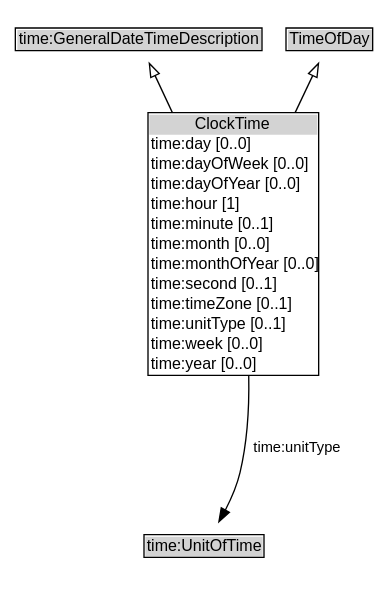
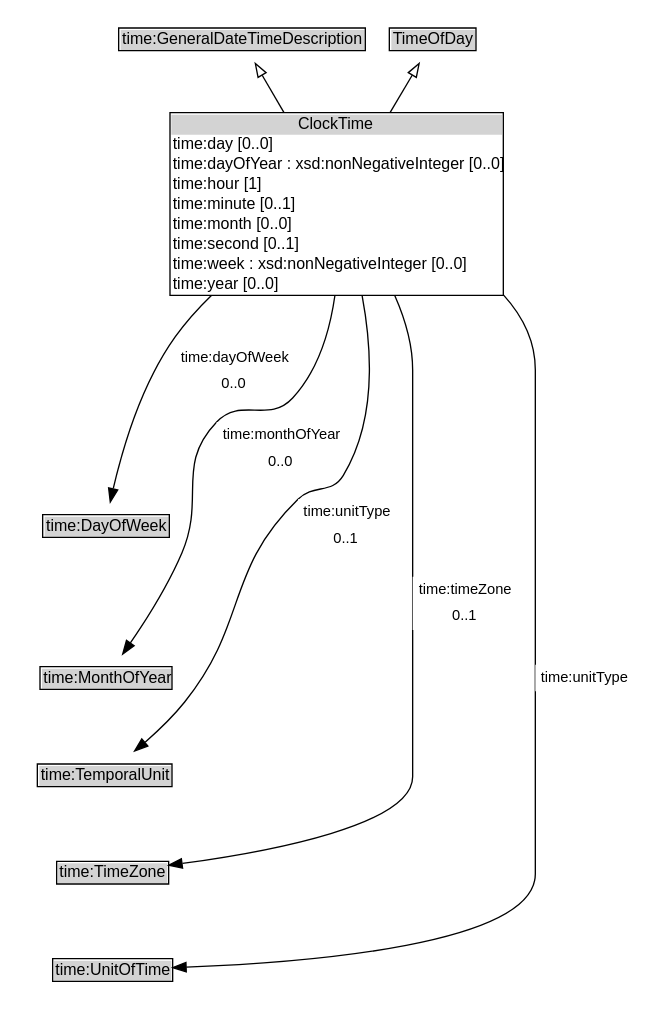
One commit to k-vaughn/ontology-its-time changed the diagram in docs/diagrams/ClockTime.dot. Above: the diagram before and after it, drawn with Graphviz. The commit also changed 77 other files, not shown here.

```diff
--- a/docs/diagrams/ClockTime.dot
+++ b/docs/diagrams/ClockTime.dot
@@ -1,26 +1,42 @@
 // Diagram for ClockTime
 digraph {
 	graph [overlap=false rankdir=TB splines=true]
 	node [fontname=Arial fontsize=12 margin=0 shape=none]
 	edge [fontname=Arial fontsize=11]
 	{
 		rank=source
 		time_GeneralDateTimeDescription [label=<<TABLE BORDER="1" CELLBORDER="0" CELLSPACING="0" CELLPADDING="1"><TR><TD BGCOLOR="lightgray" ALIGN="CENTER">time:GeneralDateTimeDescription</TD></TR></TABLE>> URL="https://w3id.org/citydata/imported/time/latest/GeneralDateTimeDescription" margin=0]
 		TimeOfDay [label=<<TABLE BORDER="1" CELLBORDER="0" CELLSPACING="0" CELLPADDING="1"><TR><TD BGCOLOR="lightgray" ALIGN="CENTER">TimeOfDay</TD></TR></TABLE>> URL="../TimeOfDay" margin=0]
 	}
-	ClockTime [label=<<TABLE BORDER="1" CELLBORDER="0" CELLSPACING="0" CELLPADDING="1"><TR><TD BGCOLOR="lightgray" ALIGN="CENTER">ClockTime</TD></TR><TR><TD ALIGN="LEFT">time:day [0..0]</TD></TR><TR><TD ALIGN="LEFT">time:dayOfWeek [0..0]</TD></TR><TR><TD ALIGN="LEFT">time:dayOfYear [0..0]</TD></TR><TR><TD ALIGN="LEFT">time:hour [1]</TD></TR><TR><TD ALIGN="LEFT">time:minute [0..1]</TD></TR><TR><TD ALIGN="LEFT">time:month [0..0]</TD></TR><TR><TD ALIGN="LEFT">time:monthOfYear [0..0]</TD></TR><TR><TD ALIGN="LEFT">time:second [0..1]</TD></TR><TR><TD ALIGN="LEFT">time:timeZone [0..1]</TD></TR><TR><TD ALIGN="LEFT">time:unitType [0..1]</TD></TR><TR><TD ALIGN="LEFT">time:week [0..0]</TD></TR><TR><TD ALIGN="LEFT">time:year [0..0]</TD></TR></TABLE>> URL="../ClockTime" margin=0]
+	ClockTime [label=<<TABLE BORDER="1" CELLBORDER="0" CELLSPACING="0" CELLPADDING="1"><TR><TD BGCOLOR="lightgray" ALIGN="CENTER">ClockTime</TD></TR><TR><TD ALIGN="LEFT">time:day [0..0]</TD></TR><TR><TD ALIGN="LEFT">time:dayOfYear : xsd:nonNegativeInteger [0..0]</TD></TR><TR><TD ALIGN="LEFT">time:hour [1]</TD></TR><TR><TD ALIGN="LEFT">time:minute [0..1]</TD></TR><TR><TD ALIGN="LEFT">time:month [0..0]</TD></TR><TR><TD ALIGN="LEFT">time:second [0..1]</TD></TR><TR><TD ALIGN="LEFT">time:week : xsd:nonNegativeInteger [0..0]</TD></TR><TR><TD ALIGN="LEFT">time:year [0..0]</TD></TR></TABLE>> URL="../ClockTime" margin=0]
 	{
 		rank=max
 	}
 	subgraph cluster_associated {
 		label="" style=invis
 		Invis [label=<<TABLE BORDER="0" CELLBORDER="0" CELLSPACING="0" CELLPADDING="1"><TR><TD></TD></TR></TABLE>> margin=0 style=invis]
+		time_DayOfWeek [label=<<TABLE BORDER="1" CELLBORDER="0" CELLSPACING="0" CELLPADDING="1"><TR><TD BGCOLOR="lightgray" ALIGN="CENTER">time:DayOfWeek</TD></TR></TABLE>> URL="https://w3id.org/citydata/imported/time/latest/DayOfWeek" margin=0]
+		time_MonthOfYear [label=<<TABLE BORDER="1" CELLBORDER="0" CELLSPACING="0" CELLPADDING="1"><TR><TD BGCOLOR="lightgray" ALIGN="CENTER">time:MonthOfYear</TD></TR></TABLE>> URL="https://w3id.org/citydata/imported/time/latest/MonthOfYear" margin=0]
+		time_TemporalUnit [label=<<TABLE BORDER="1" CELLBORDER="0" CELLSPACING="0" CELLPADDING="1"><TR><TD BGCOLOR="lightgray" ALIGN="CENTER">time:TemporalUnit</TD></TR></TABLE>> URL="https://w3id.org/citydata/imported/time/latest/TemporalUnit" margin=0]
+		time_TimeZone [label=<<TABLE BORDER="1" CELLBORDER="0" CELLSPACING="0" CELLPADDING="1"><TR><TD BGCOLOR="lightgray" ALIGN="CENTER">time:TimeZone</TD></TR></TABLE>> URL="https://w3id.org/citydata/imported/time/latest/TimeZone" margin=0]
 		time_UnitOfTime [label=<<TABLE BORDER="1" CELLBORDER="0" CELLSPACING="0" CELLPADDING="1"><TR><TD BGCOLOR="lightgray" ALIGN="CENTER">time:UnitOfTime</TD></TR></TABLE>> URL="https://w3id.org/citydata/imported/time/latest/UnitOfTime" margin=0]
 	}
 	ClockTime -> time_GeneralDateTimeDescription [arrowhead=onormal style=solid]
 	ClockTime -> TimeOfDay [arrowhead=onormal style=solid]
 	ClockTime -> Invis [style=invis]
-	Invis -> time_UnitOfTime [style=invis]
+	Invis -> time_DayOfWeek [style=invis]
+	time_DayOfWeek -> time_MonthOfYear [style=invis]
+	time_MonthOfYear -> time_TemporalUnit [style=invis]
+	time_TemporalUnit -> time_TimeZone [style=invis]
+	time_TimeZone -> time_UnitOfTime [style=invis]
 	time_UnitOfTime [label=<<TABLE BORDER="1" CELLBORDER="0" CELLSPACING="0" CELLPADDING="1"><TR><TD BGCOLOR="lightgray" ALIGN="CENTER">time:UnitOfTime</TD></TR></TABLE>> URL="https://w3id.org/citydata/imported/time/latest/UnitOfTime" margin=0]
 	ClockTime -> time_UnitOfTime [label=<<TABLE BORDER="0" CELLBORDER="0" CELLSPACING="0" CELLPADDING="4" BGCOLOR="white"><TR><TD ALIGN="CENTER">time:unitType</TD></TR></TABLE>> arrowhead=normal style=solid]
+	time_TimeZone [label=<<TABLE BORDER="1" CELLBORDER="0" CELLSPACING="0" CELLPADDING="1"><TR><TD BGCOLOR="lightgray" ALIGN="CENTER">time:TimeZone</TD></TR></TABLE>> URL="https://w3id.org/citydata/imported/time/latest/TimeZone" margin=0]
+	ClockTime -> time_TimeZone [label=<<TABLE BORDER="0" CELLBORDER="0" CELLSPACING="0" CELLPADDING="4" BGCOLOR="white"><TR><TD ALIGN="CENTER">time:timeZone</TD></TR><TR><TD ALIGN="CENTER">0..1</TD></TR></TABLE>> arrowhead=normal style=solid]
+	time_TemporalUnit [label=<<TABLE BORDER="1" CELLBORDER="0" CELLSPACING="0" CELLPADDING="1"><TR><TD BGCOLOR="lightgray" ALIGN="CENTER">time:TemporalUnit</TD></TR></TABLE>> URL="https://w3id.org/citydata/imported/time/latest/TemporalUnit" margin=0]
+	ClockTime -> time_TemporalUnit [label=<<TABLE BORDER="0" CELLBORDER="0" CELLSPACING="0" CELLPADDING="4" BGCOLOR="white"><TR><TD ALIGN="CENTER">time:unitType</TD></TR><TR><TD ALIGN="CENTER">0..1</TD></TR></TABLE>> arrowhead=normal style=solid]
+	time_DayOfWeek [label=<<TABLE BORDER="1" CELLBORDER="0" CELLSPACING="0" CELLPADDING="1"><TR><TD BGCOLOR="lightgray" ALIGN="CENTER">time:DayOfWeek</TD></TR></TABLE>> URL="https://w3id.org/citydata/imported/time/latest/DayOfWeek" margin=0]
+	ClockTime -> time_DayOfWeek [label=<<TABLE BORDER="0" CELLBORDER="0" CELLSPACING="0" CELLPADDING="4" BGCOLOR="white"><TR><TD ALIGN="CENTER">time:dayOfWeek</TD></TR><TR><TD ALIGN="CENTER">0..0</TD></TR></TABLE>> arrowhead=normal style=solid]
+	time_MonthOfYear [label=<<TABLE BORDER="1" CELLBORDER="0" CELLSPACING="0" CELLPADDING="1"><TR><TD BGCOLOR="lightgray" ALIGN="CENTER">time:MonthOfYear</TD></TR></TABLE>> URL="https://w3id.org/citydata/imported/time/latest/MonthOfYear" margin=0]
+	ClockTime -> time_MonthOfYear [label=<<TABLE BORDER="0" CELLBORDER="0" CELLSPACING="0" CELLPADDING="4" BGCOLOR="white"><TR><TD ALIGN="CENTER">time:monthOfYear</TD></TR><TR><TD ALIGN="CENTER">0..0</TD></TR></TABLE>> arrowhead=normal style=solid]
 }
```
